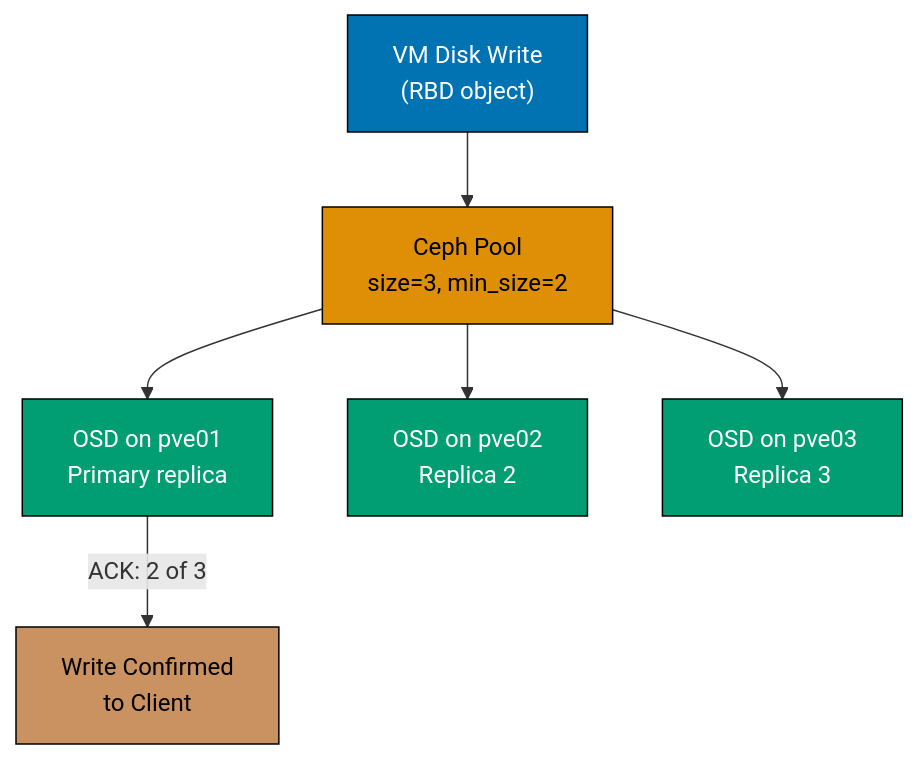
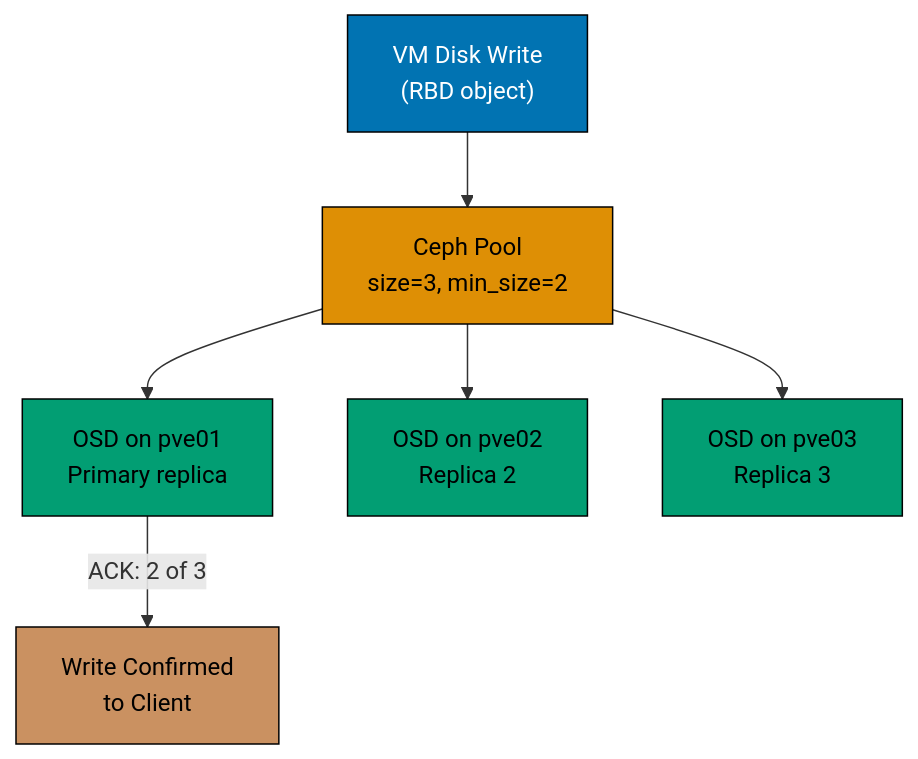
One commit to wahidyankf/ose-public changed the fifth of 9 diagrams in apps/ayokoding-www/content/en/learn/legacy/software-engineering/infrastructure/tools/proxmox/by-example/intermediate.md. Above: the diagram before and after it, drawn with Mermaid. The commit also changed other lines of this file and 131 other files, not shown here.

First line of the commit message:
fix(mermaid): bring the legacy data, infrastructure, and testing diagrams onto the accessible palette

````diff
--- a/apps/ayokoding-www/content/en/learn/legacy/software-engineering/infrastructure/tools/proxmox/by-example/intermediate.md
+++ b/apps/ayokoding-www/content/en/learn/legacy/software-engineering/infrastructure/tools/proxmox/by-example/intermediate.md
@@ -631,16 +659,23 @@
 ```mermaid
 %% Color Palette: Blue #0173B2, Orange #DE8F05, Teal #029E73, Purple #CC78BC, Brown #CA9161
 graph TD
+    accTitle: Example 40: Create and Configure Ceph Storage Pools
+    accDescr: Graph with 6 nodes and 5 connections. Nodes: VM Disk Write (RBD object), Ceph Pool size=3, min_size=2, OSD on pve01 Primary replica, OSD on pve02 Replica 2, OSD on pve03 Replica 3, Write Confirmed to Client. Connections: VM Disk Write (RBD object) to Ceph Pool size=3, min_size=2, Ceph Pool size=3, min_size=2 to OSD on pve01 Primary replica, Ceph Pool size=3, min_size=2 to OSD on pve02 Replica 2, Ceph Pool size=3, min_size=2 to OSD on pve03 Replica 3, OSD on pve01 Primary replica to Write Confirmed to Client (ACK: 2 of 3).
     A["VM Disk Write<br/>(RBD object)"] --> B["Ceph Pool<br/>size=3, min_size=2"]
     B --> C["OSD on pve01<br/>Primary replica"]
     B --> D["OSD on pve02<br/>Replica 2"]
     B --> E["OSD on pve03<br/>Replica 3"]
     C -->|"ACK: 2 of 3"| F["Write Confirmed<br/>to Client"]
 
-    style A fill:#0173B2,color:#fff,stroke:#000
-    style B fill:#DE8F05,color:#000,stroke:#000
-    style C fill:#029E73,color:#fff,stroke:#000
-    style D fill:#029E73,color:#fff,stroke:#000
-    style E fill:#029E73,color:#fff,stroke:#000
-    style F fill:#CA9161,color:#000,stroke:#000
+    classDef pal-0173B2 fill:#0173B2,stroke:#000000,color:#FFFFFF
+    class A pal-0173B2
+    classDef pal-DE8F05 fill:#DE8F05,stroke:#000000,color:#000000
+    class B pal-DE8F05
+    classDef pal-029E73 fill:#029E73,stroke:#000000,color:#000000
+    class C pal-029E73
+    class D pal-029E73
+    class E pal-029E73
+    classDef pal-CA9161 fill:#CA9161,stroke:#000000,color:#000000
+    class F pal-CA9161
+    classDef default fill:#FFFFFF,stroke:#000000,color:#000000
 ```
````
